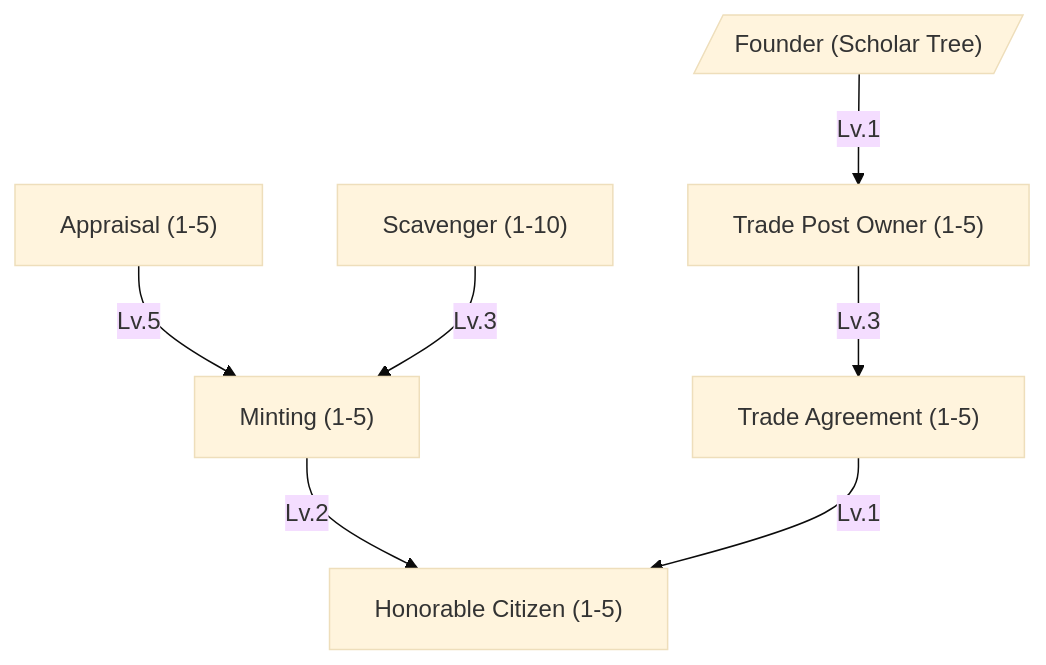
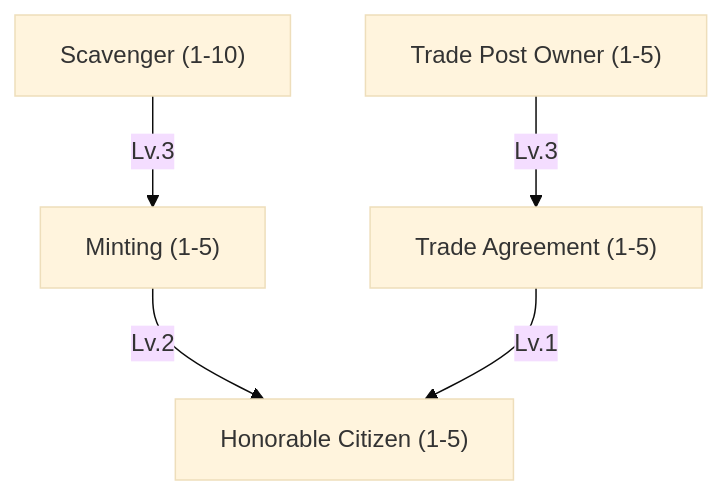
Before and after one commit to tfelix/bestia-docs: diagram 11 of 16 in content/docs/mechanics/master.md, drawn with Mermaid (base theme). The commit also changed other lines of this file and 2 other files, not shown here.

````diff
--- a/content/docs/mechanics/master.md
+++ b/content/docs/mechanics/master.md
@@ -1196,19 +1196,14 @@
 ```mermaid
 graph TD
-    Founder[/"Founder (Scholar Tree)"/]
-    Appraisal["Appraisal (1-5)"]
     Scavenger["Scavenger (1-10)"]
     TradePostOwner["Trade Post Owner (1-5)"]
     Minting["Minting (1-5)"]
     TradeAgreement["Trade Agreement (1-5)"]
     HonorableCitizen["Honorable Citizen (1-5)"]
 
-    Appraisal -->|Lv.5| Minting
     Scavenger -->|Lv.3| Minting
-
-    Founder -->|Lv.1| TradePostOwner
     TradePostOwner -->|Lv.3| TradeAgreement
 
     Minting -->|Lv.2| HonorableCitizen
     TradeAgreement -->|Lv.1| HonorableCitizen
 ```
````
